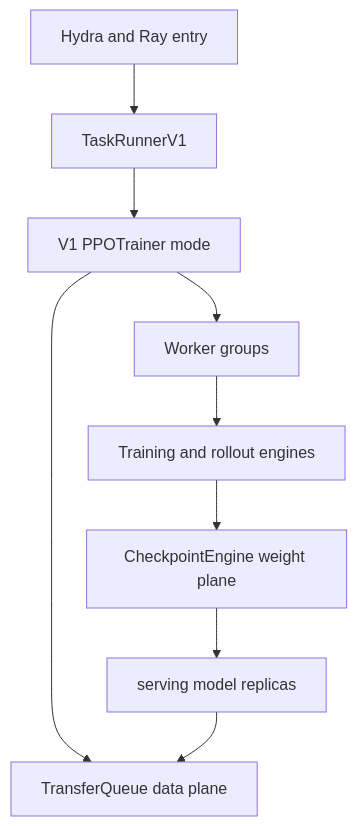
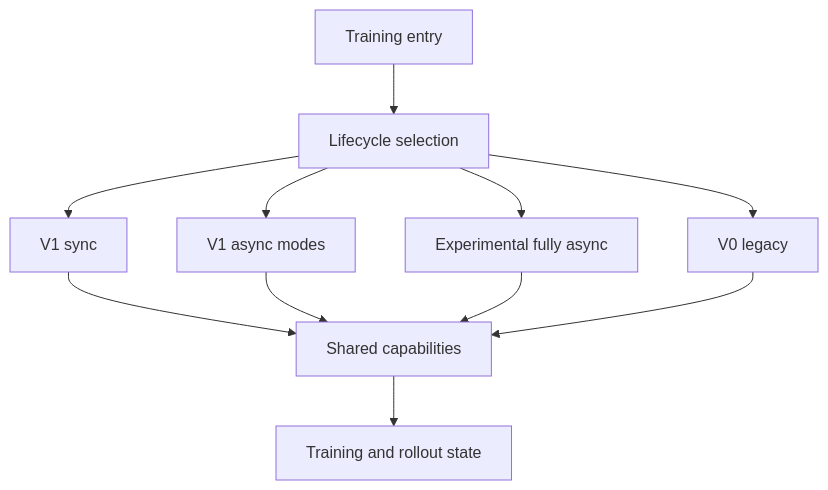
The diagram in wiki/02_engineering/04_posttrain_frameworks/verl/01_verl_architecture_overview_analysis.md (suhaibo666/llm-knowledge), drawn with Mermaid before and after one commit. The commit also changed other lines of this file and 30 other files, not shown here.

````diff
--- a/wiki/02_engineering/04_posttrain_frameworks/verl/01_verl_architecture_overview_analysis.md
+++ b/wiki/02_engineering/04_posttrain_frameworks/verl/01_verl_architecture_overview_analysis.md
@@ -18,11 +26,13 @@
 ```mermaid
 flowchart TB
-    ENTRY["Hydra and Ray entry"] --> RUNNER["TaskRunnerV1"]
-    RUNNER --> TRAINER["V1 PPOTrainer mode"]
-    TRAINER --> TQ["TransferQueue data plane"]
-    TRAINER --> WG["Worker groups"]
-    WG --> ENGINE["Training and rollout engines"]
-    ENGINE --> CE["CheckpointEngine weight plane"]
-    CE --> ROLLOUT["serving model replicas"]
-    ROLLOUT --> TQ
+    ENTRY["Training entry"] --> ROUTE["Lifecycle selection"]
+    ROUTE --> SYNC["V1 sync"]
+    ROUTE --> ASYNC["V1 async modes"]
+    ROUTE --> FULLY["Experimental fully async"]
+    ROUTE --> VZERO["V0 legacy"]
+    SYNC --> CAP["Shared capabilities"]
+    ASYNC --> CAP
+    FULLY --> CAP
+    VZERO --> CAP
+    CAP --> MODEL["Training and rollout state"]
 ```
````
